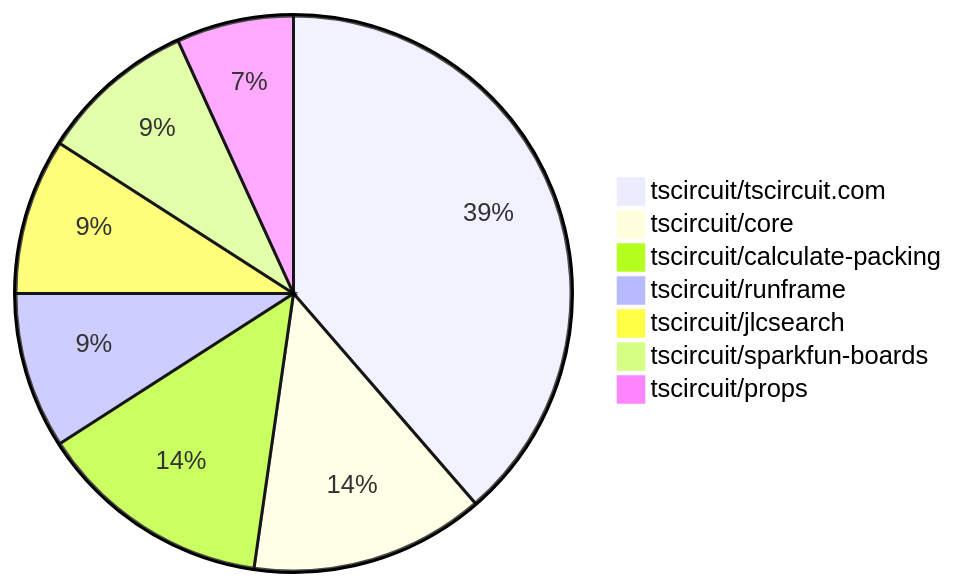
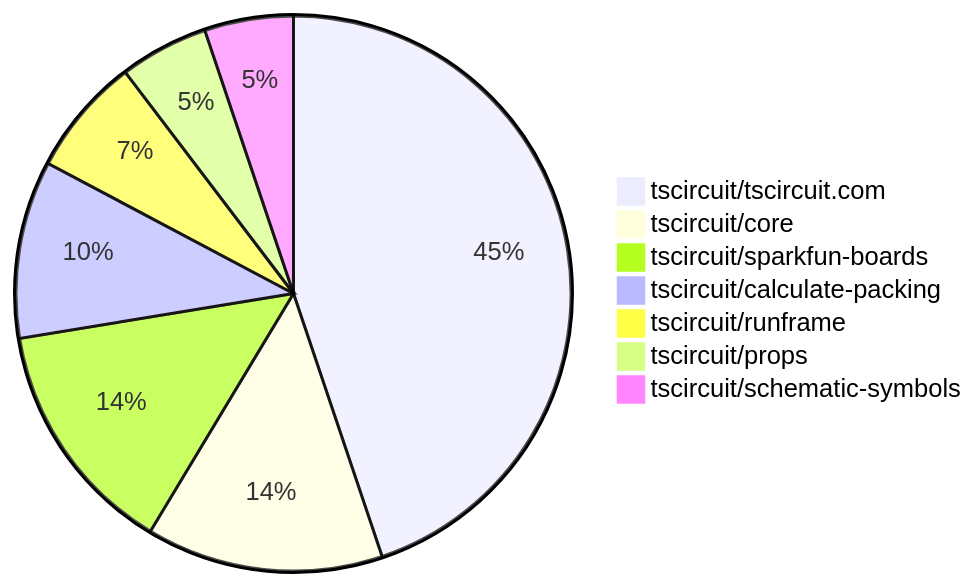
The second of 2 diagrams in README.md (tscircuit/contribution-tracker), drawn with Mermaid before and after one commit. The commit also changed other lines of this file and 3 other files, not shown here.

````diff
--- a/README.md
+++ b/README.md
@@ -96,10 +99,10 @@
 ```mermaid
 pie
-    "tscircuit/tscircuit.com" : 17
-    "tscircuit/core" : 6
+    "tscircuit/tscircuit.com" : 26
+    "tscircuit/core" : 8
+    "tscircuit/sparkfun-boards" : 8
     "tscircuit/calculate-packing" : 6
     "tscircuit/runframe" : 4
-    "tscircuit/jlcsearch" : 4
-    "tscircuit/sparkfun-boards" : 4
     "tscircuit/props" : 3
+    "tscircuit/schematic-symbols" : 3
 ```
````
